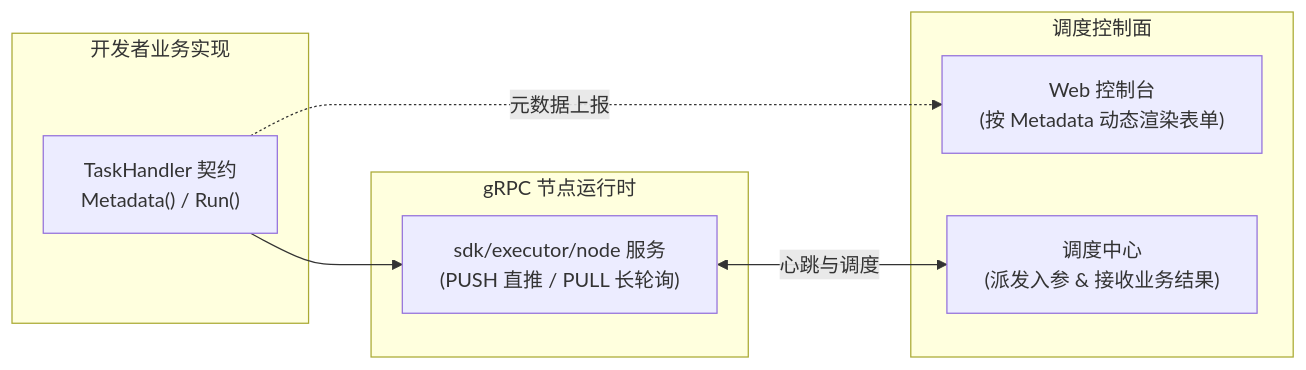
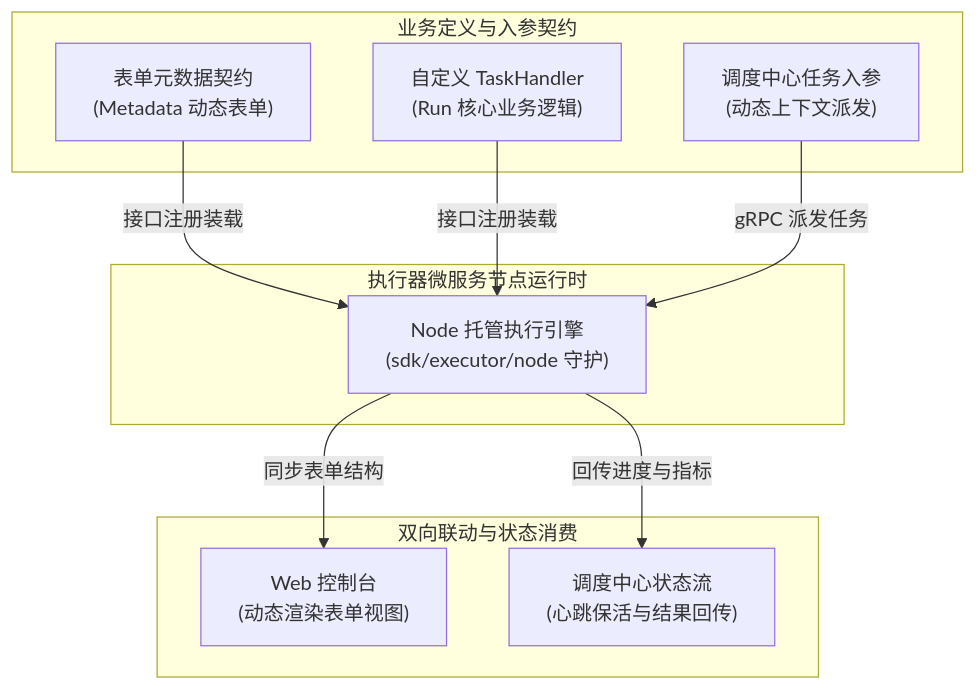
One commit to Duke1616/duke1616.github.io changed the diagram in docs/task/runner/custom.md. Above: the diagram before and after it, drawn with Mermaid. The commit also changed 7 other files, not shown here.

Commit message:
docs(task): 重构异构执行引擎体系文档与架构全景图，统称单文件与项目级运行

````diff
--- a/docs/task/runner/custom.md
+++ b/docs/task/runner/custom.md
@@ -5,19 +5,22 @@
 ```mermaid
-flowchart LR
-    subgraph Developer ["开发者业务实现"]
-        Handler["TaskHandler 契约<br/>Metadata() / Run()"]
+flowchart TD
+    subgraph DevSpace ["业务定义与入参契约"]
+        Metadata["表单元数据契约<br/>(Metadata 动态表单)"]
+        Logic["自定义 TaskHandler<br/>(Run 核心业务逻辑)"]
+        Scheduler["调度中心任务入参<br/>(动态上下文派发)"]
     end
 
-    subgraph NodeRuntime ["gRPC 节点运行时"]
-        Node["sdk/executor/node 服务<br/>(PUSH 直推 / PULL 长轮询)"]
+    subgraph Sandbox ["执行器微服务节点运行时"]
+        Runner["Node 托管执行引擎<br/>(sdk/executor/node 守护)"]
     end
 
-    subgraph Center ["调度控制面"]
-        Console["Web 控制台<br/>(按 Metadata 动态渲染表单)"]
-        Scheduler["调度中心<br/>(派发入参 & 接收业务结果)"]
+    subgraph Outputs ["双向联动与状态消费"]
+        WebConsole["Web 控制台<br/>(动态渲染表单视图)"]
+        Center["调度中心状态流<br/>(心跳保活与结果回传)"]
     end
 
-    Handler --> Node
-    Node <-->|"心跳与调度"| Scheduler
-    Handler -.->|"元数据上报"| Console
+    Metadata & Logic -->|"接口注册装载"| Runner
+    Scheduler -->|"gRPC 派发任务"| Runner
+    Runner -->|"同步表单结构"| WebConsole
+    Runner -->|"回传进度与指标"| Center
 ```
````
